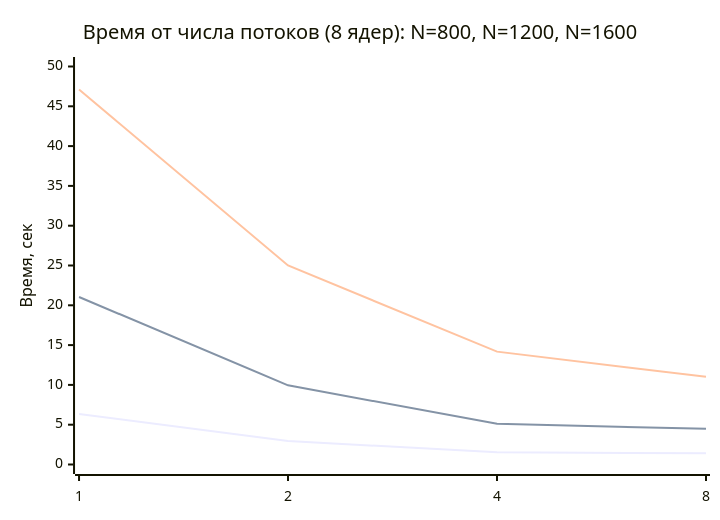
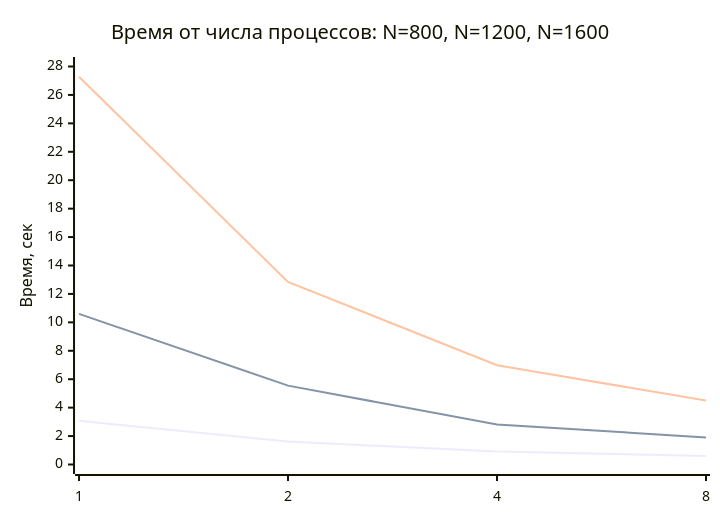
The second of 6 diagrams in README.md (sanek4338/Parallelnoe_Programming), drawn with Mermaid before and after one commit. The commit also changed other lines of this file and 2 other files, not shown here.

````diff
--- a/README.md
+++ b/README.md
@@ -137,9 +100,9 @@
 ```mermaid
 xychart-beta
-    title "Время от числа потоков (8 ядер): N=800, N=1200, N=1600"
+    title "Время от числа процессов: N=800, N=1200, N=1600"
     x-axis [1, 2, 4, 8]
-    y-axis "Время, сек" 0 --> 50
-    line "N=800" [6.355435, 2.947682, 1.540773, 1.399853]
-    line "N=1200" [21.044883, 9.948427, 5.107684, 4.480562]
-    line "N=1600" [47.115488, 25.007077, 14.179266, 11.016194]
+    y-axis "Время, сек" 0 --> 28
+    line "N=800" [3.069811, 1.617380, 0.907566, 0.598396]
+    line "N=1200" [10.594333, 5.549926, 2.813394, 1.904268]
+    line "N=1600" [27.276575, 12.848918, 6.986090, 4.496802]
 ```
````
